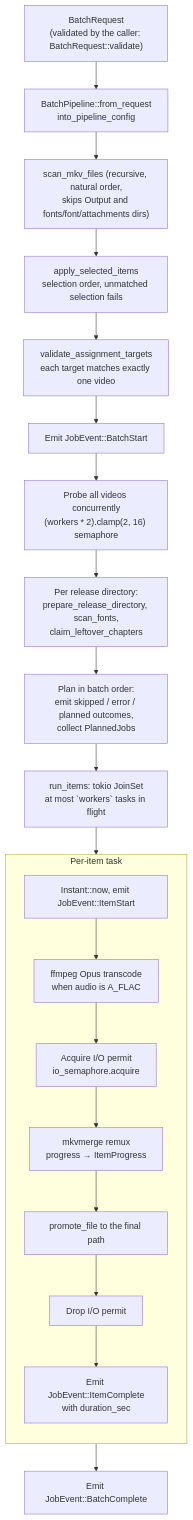
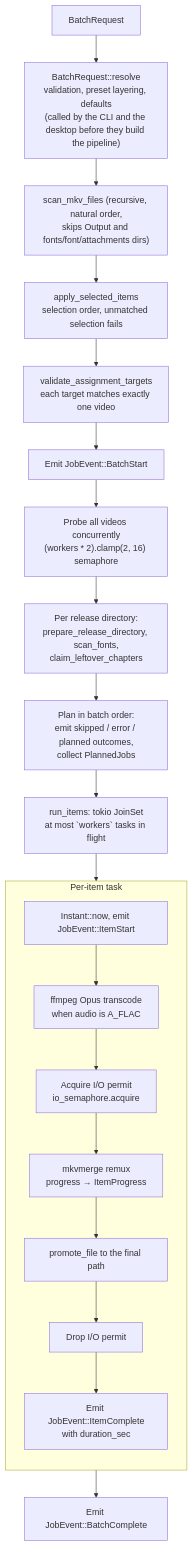
One commit to Si-Forces/mkvanimebatch changed the fifth of 8 diagrams in architecture.md. Above: the diagram before and after it, drawn with Mermaid. The commit also changed other lines of this file and 13 other files, not shown here.

First line of the commit message:
refactor(core,cli): one Batch Request resolution step (#57)

````diff
--- a/architecture.md
+++ b/architecture.md
@@ -353,25 +353,25 @@
 ```mermaid
 flowchart TD
-    Req["BatchRequest\n(validated by the caller: BatchRequest::validate)"] --> Config["BatchPipeline::from_request\ninto_pipeline_config"]
+    Req["BatchRequest"] --> Config["BatchRequest::resolve\nvalidation, preset layering, defaults\n(called by the CLI and the desktop before they build the pipeline)"]
     Config --> Discover["scan_mkv_files (recursive, natural order,\nskips Output and fonts/font/attachments dirs)"]
     Discover --> Select["apply_selected_items\nselection order, unmatched selection fails"]
     Select --> Targets["validate_assignment_targets\neach target matches exactly one video"]
     Targets --> Start["Emit JobEvent::BatchStart"]
     Start --> Probe["Probe all videos concurrently\n(workers * 2).clamp(2, 16) semaphore"]
     Probe --> Prep["Per release directory:\nprepare_release_directory, scan_fonts,\nclaim_leftover_chapters"]
     Prep --> Plan["Plan in batch order:\nemit skipped / error / planned outcomes,\ncollect PlannedJobs"]
     Plan --> Schedule["run_items: tokio JoinSet\nat most `workers` tasks in flight"]
 
     subgraph ItemTask["Per-item task"]
         direction TB
         StartTimer["Instant::now, emit JobEvent::ItemStart"] --> Transcode["ffmpeg Opus transcode\nwhen audio is A_FLAC"]
         Transcode --> AcquireIO["Acquire I/O permit\nio_semaphore.acquire"]
         AcquireIO --> Mux["mkvmerge remux\nprogress → ItemProgress"]
         Mux --> Promote["promote_file to the final path"]
         Promote --> ReleaseIO["Drop I/O permit"]
         ReleaseIO --> EmitDone["Emit JobEvent::ItemComplete\nwith duration_sec"]
     end
 
     Schedule --> ItemTask
     ItemTask --> BatchDone["Emit JobEvent::BatchComplete"]
 ```
````
